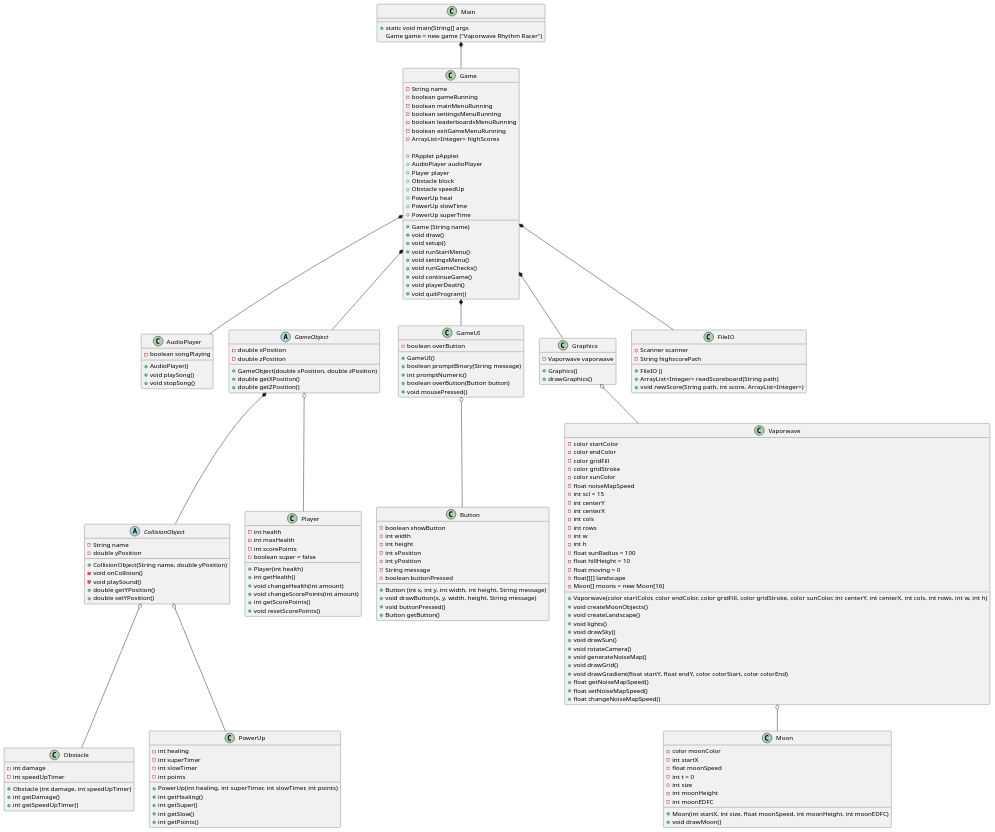
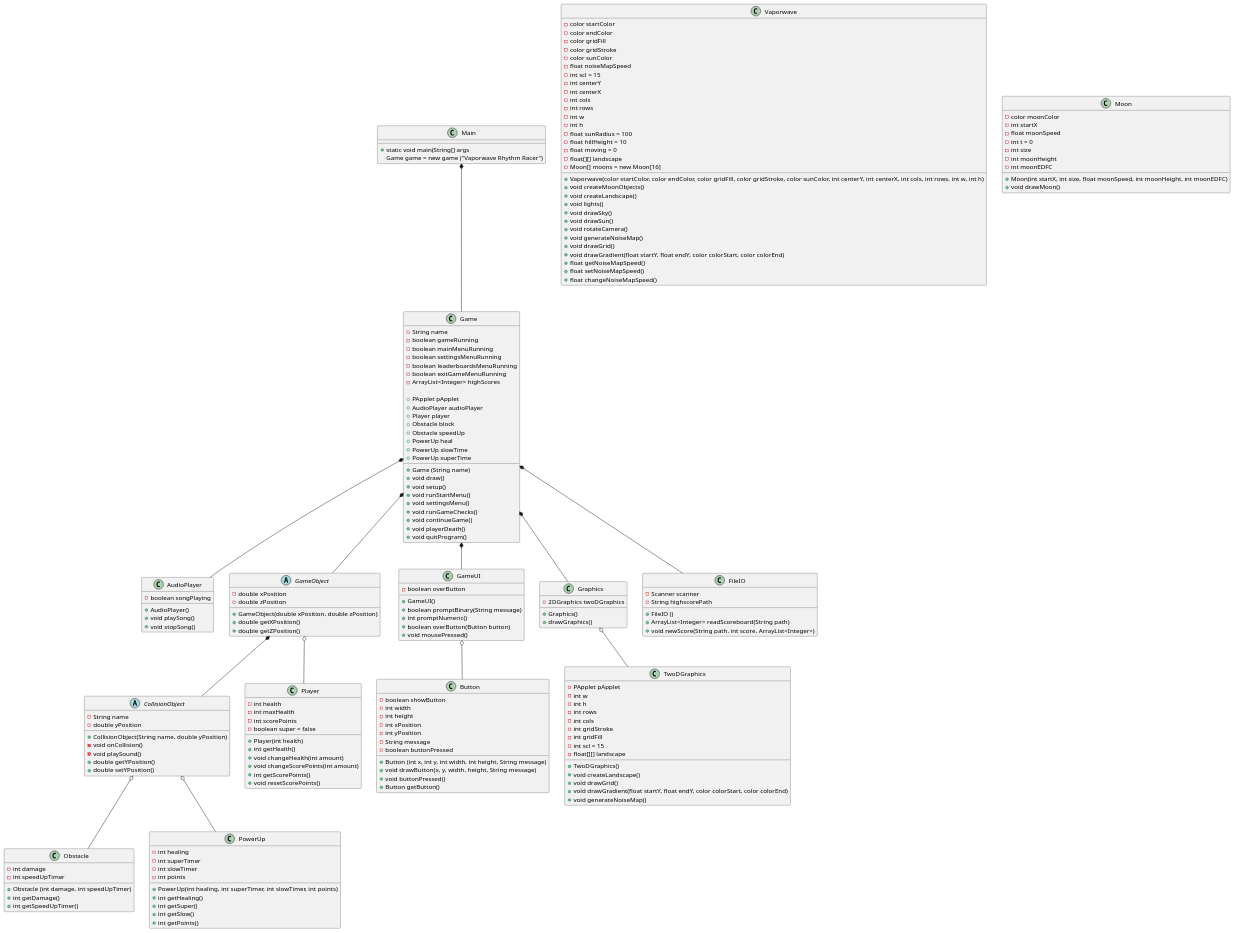
Before and after one commit to Gervig/Vaporwave-Rhythm-Racer: the diagram in doc/Plan/static/classdiagram.puml, drawn with PlantUML. The commit also changed 2 other files, not shown here.

Commit message:
TwoDGraphics

```diff
--- a/doc/Plan/static/classdiagram.puml
+++ b/doc/Plan/static/classdiagram.puml
@@ -147,7 +147,8 @@
 }
 
 class Graphics{
-- Vaporwave vaporwave
+'- Vaporwave vaporwave
+- 2DGraphics twoDGraphics
 
 'constructor
 + Graphics()
@@ -192,6 +193,24 @@
 
 }
 
+class TwoDGraphics{
+- PApplet pApplet
+- int w
+- int h
+- int rows
+- int cols
+- int gridStroke
+- int gridFill
+- int scl = 15
+- float[][] landscape
+'constructor
++ TwoDGraphics()
++ void createLandscape()
++ void drawGrid()
++ void drawGradient(float startY, float endY, color colorStart, color colorEnd)
++ void generateNoiseMap()
+}
+
 class Moon{
  - color moonColor
 ' color moonColor = color(160, 255, 255); check if IntelliJ can do color like this
@@ -229,7 +248,8 @@
 CollisionObject o-- Obstacle
 CollisionObject o-- PowerUp
 GameUI o-- Button
-Graphics o-- Vaporwave
-Vaporwave o-- Moon
+Graphics o-- TwoDGraphics
+'Graphics o-- Vaporwave
+'Vaporwave o-- Moon
 
 @enduml
```
